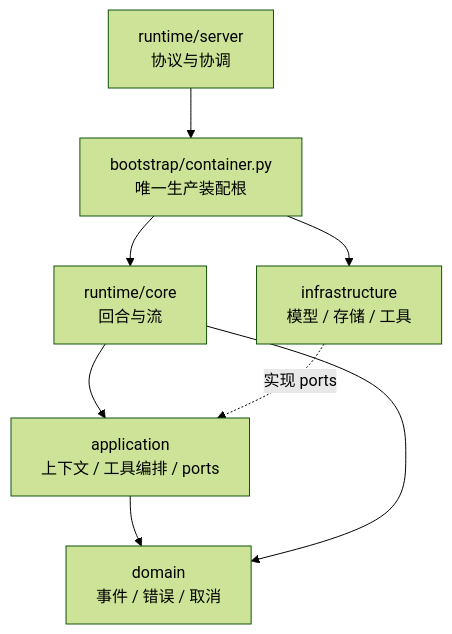
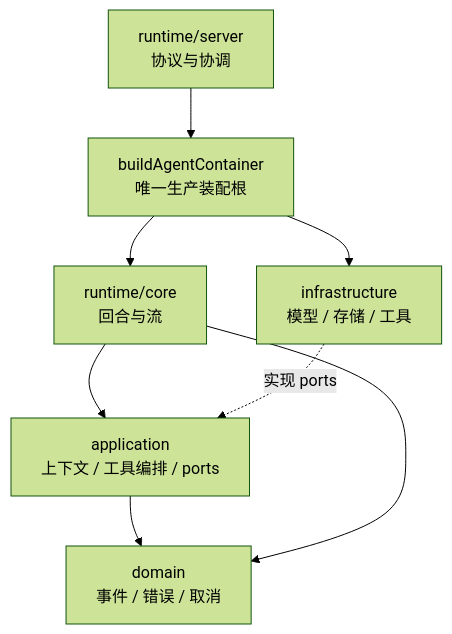
One commit to Azzurroooo/rind changed the diagram in docs/internals/00-architecture/layers-and-composition.zh-CN.md. Above: the diagram before and after it, drawn with Mermaid (forest theme). The commit also changed other lines of this file and 169 other files, not shown here.

```diff
--- a/docs/internals/00-architecture/layers-and-composition.zh-CN.md
+++ b/docs/internals/00-architecture/layers-and-composition.zh-CN.md
@@ -7,10 +7,10 @@
 ~~~mermaid
 flowchart TB
-    S["runtime/server<br/>协议与协调"] --> B["bootstrap/container.py<br/>唯一生产装配根"]
+    S["runtime/server<br/>协议与协调"] --> B["buildAgentContainer<br/>唯一生产装配根"]
     B --> C["runtime/core<br/>回合与流"]
     B --> I["infrastructure<br/>模型 / 存储 / 工具"]
     C --> A["application<br/>上下文 / 工具编排 / ports"]
     A --> D["domain<br/>事件 / 错误 / 取消"]
     C --> D
     I -. "实现 ports" .-> A
 ~~~
```
